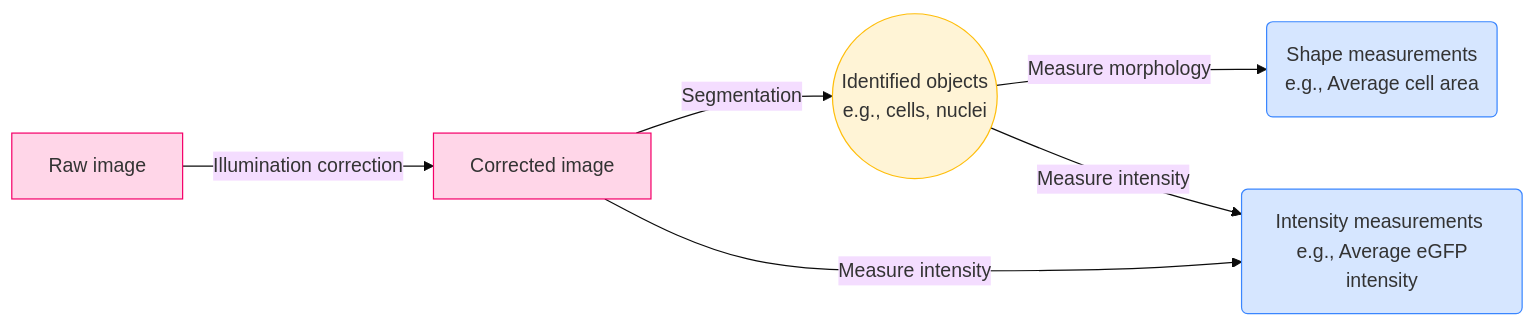
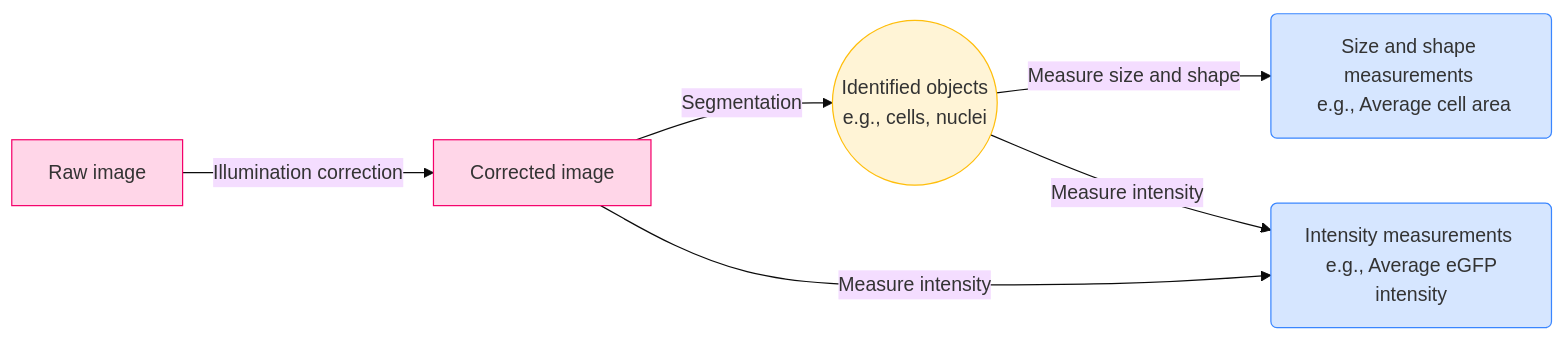
The diagram in 03_Image_analysis/01_Introduction.md (COBA-NIH/MicroscopyForBeginnersReferenceGuide), drawn with Mermaid (base theme) before and after one commit.

Commit message:
Flowchart on image analysis intro

````diff
--- a/03_Image_analysis/01_Introduction.md
+++ b/03_Image_analysis/01_Introduction.md
@@ -7,19 +7,19 @@
 ```{mermaid}
 flowchart LR
    A[Raw image] -->|Illumination correction| B[Corrected image]
    B -->|Segmentation| C((Identified objects \n e.g., cells, nuclei))
-   C -->|Measure morphology| D(Shape measurements \n e.g., Average cell area)
+   C -->|Measure size and shape| D(Size and shape measurements \n e.g., Average cell area)
 
    B & C-->|Measure intensity|G(Intensity measurements \n e.g., Average eGFP intensity)
   classDef empty width:0px,height:0px;
 
  style G fill:#DCC7FA, stroke:#8338EC
 
  style C fill:#FFF4d6,stroke:#FFBE0B
 
  style A fill:#FFD6E8,stroke:#F5006A
  style B fill:#FFD6E8,stroke:#F5006A
 
  style D fill:#D6E6FF,stroke:#3A86FF
  style G fill:#D6E6FF,stroke:#3A86FF
 ```
````
